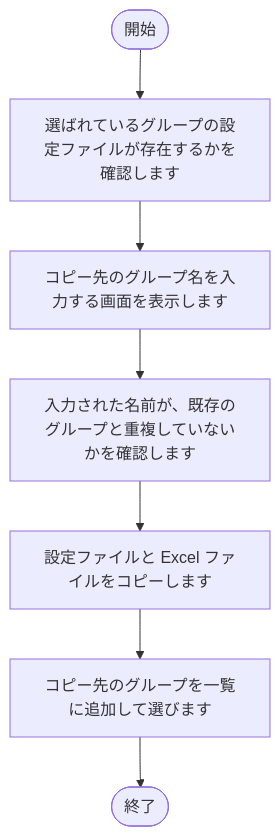
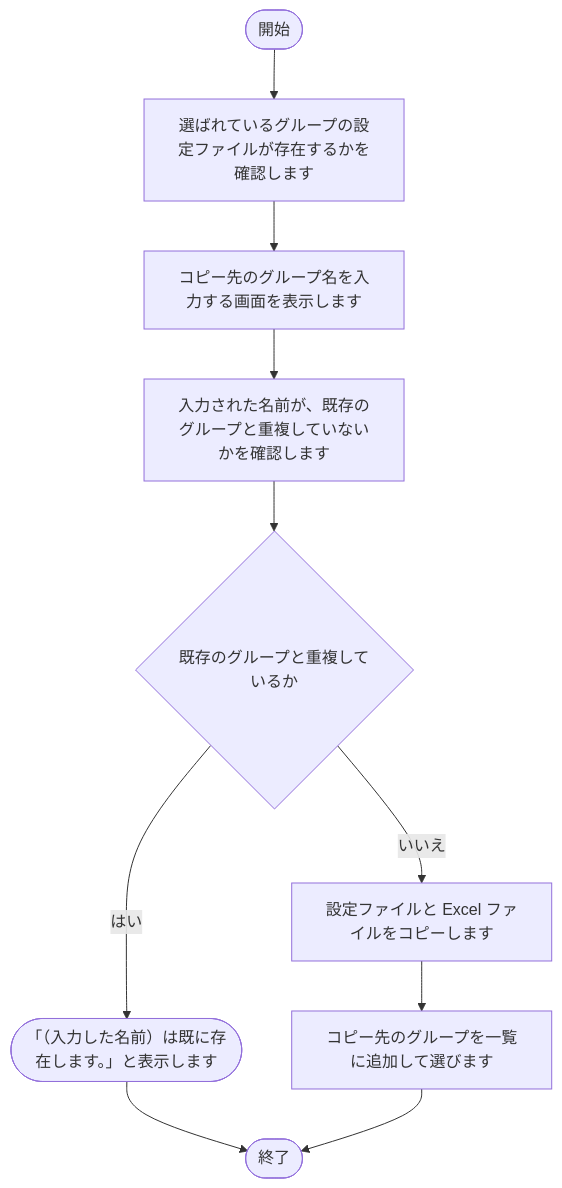
The eighth of 13 diagrams in tool/package-generator/doc/02_設計/処理フロー.md (nishida2073/project_management), drawn with Mermaid before and after one commit. The commit also changed other lines of this file and 81 other files, not shown here.

````diff
--- a/tool/package-generator/doc/02_設計/処理フロー.md
+++ b/tool/package-generator/doc/02_設計/処理フロー.md
@@ -220,16 +239,21 @@
 ```mermaid
 flowchart TD
     S(["開始"])
     E(["終了"])
     N1["選ばれているグループの設定ファイルが存在するかを確認します"]
     S --> N1
     N2["コピー先のグループ名を入力する画面を表示します"]
     N1 --> N2
     N3["入力された名前が、既存のグループと重複していないかを確認します"]
     N2 --> N3
+    N6{"既存のグループと重複しているか"}
+    N3 --> N6
+    X6(["「（入力した名前）は既に存在します。」と表示します"])
+    N6 -- はい --> X6
+    X6 --> E
     N4["設定ファイルと Excel ファイルをコピーします"]
-    N3 --> N4
+    N6 -- いいえ --> N4
     N5["コピー先のグループを一覧に追加して選びます"]
     N4 --> N5
     N5 --> E
 ```
````
